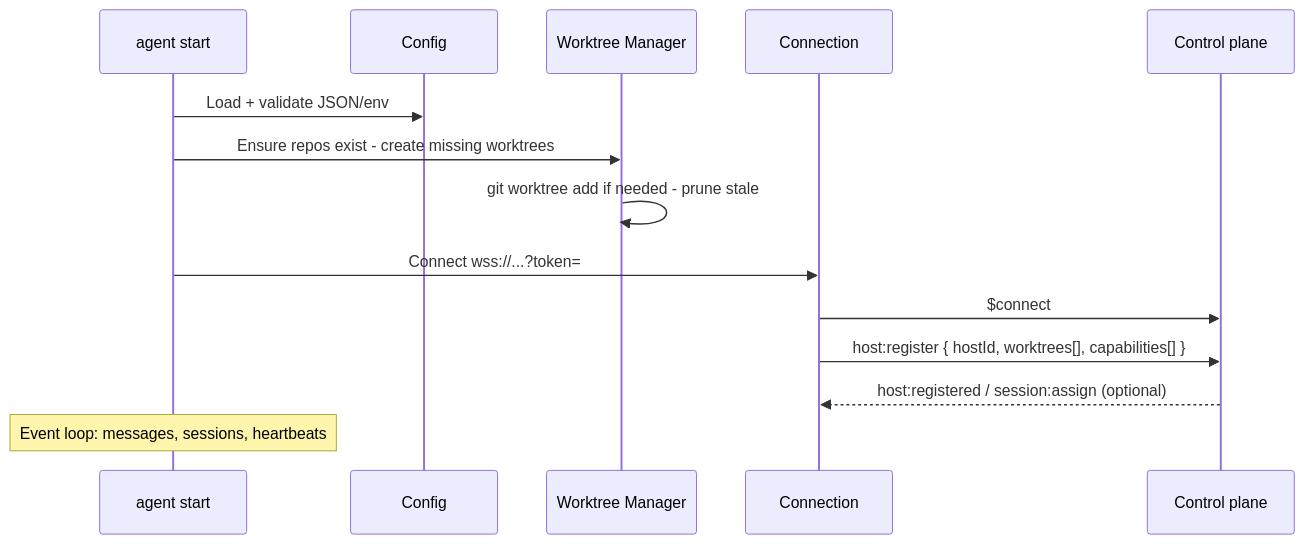
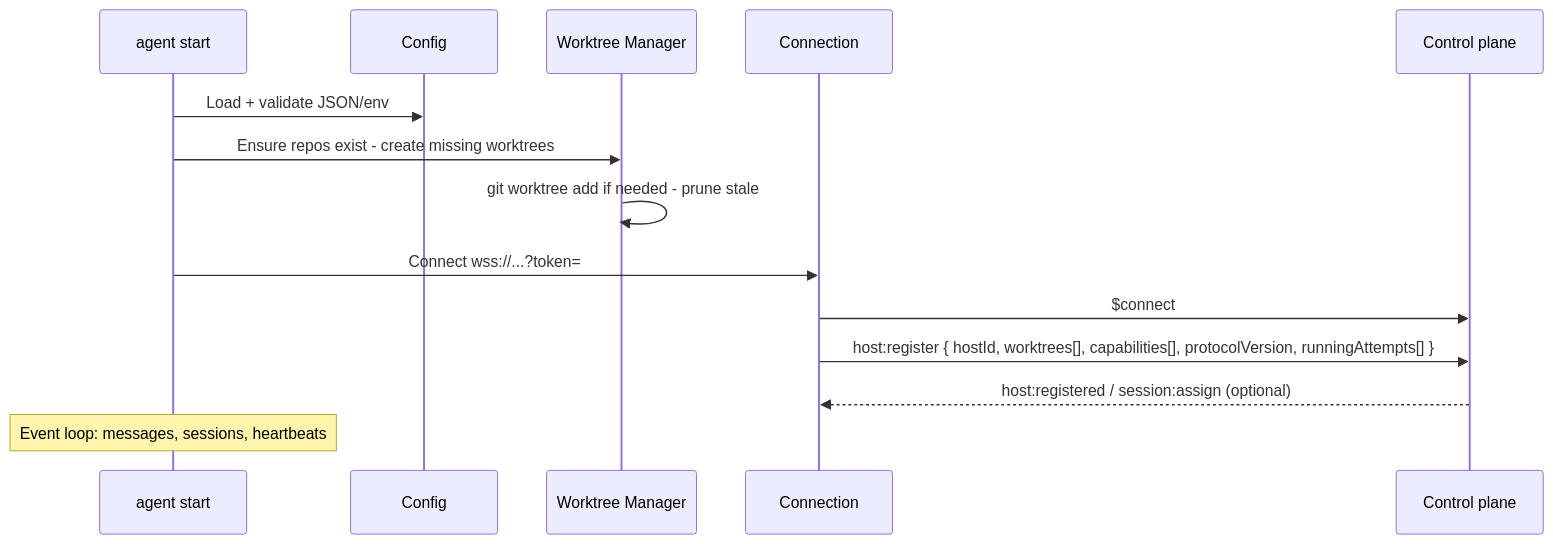
One commit to jonathanong/auto-harness changed the second of 5 diagrams in docs/host-daemon.md. Above: the diagram before and after it, drawn with Mermaid. The commit also changed other lines of this file and 85 other files, not shown here.

````diff
--- a/docs/host-daemon.md
+++ b/docs/host-daemon.md
@@ -104,17 +104,17 @@
 ```mermaid
 sequenceDiagram
     participant Main as agent start
     participant Cfg as Config
     participant WTM as Worktree Manager
     participant Conn as Connection
     participant AWS as Control plane
 
     Main->>Cfg: Load + validate JSON/env
     Main->>WTM: Ensure repos exist - create missing worktrees
     WTM->>WTM: git worktree add if needed - prune stale
     Main->>Conn: Connect wss://...?token=
     Conn->>AWS: $connect
-    Conn->>AWS: host:register { hostId, worktrees[], capabilities[] }
+    Conn->>AWS: host:register { hostId, worktrees[], capabilities[], protocolVersion, runningAttempts[] }
     AWS-->>Conn: host:registered / session:assign (optional)
     Note over Main: Event loop: messages, sessions, heartbeats
 ```
````
